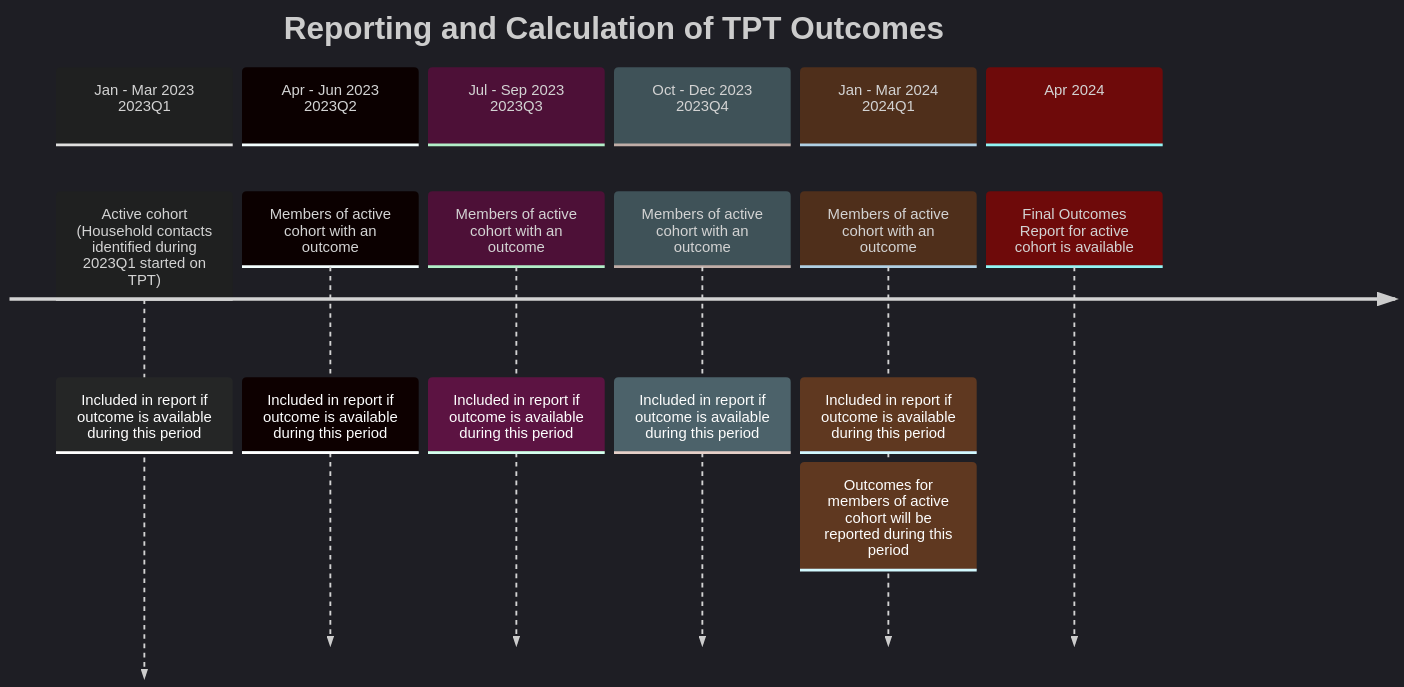
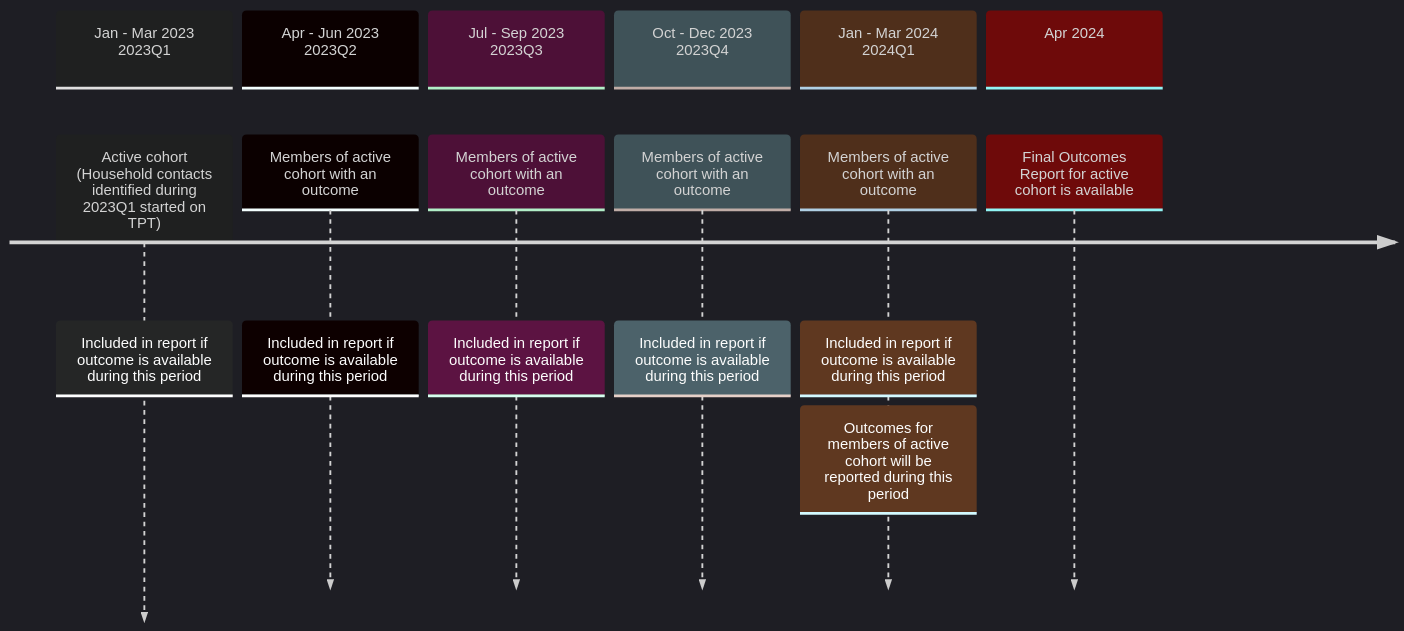
The second of 2 diagrams in docs/tb_hh-design.md (dhis2-metadata/TB_HH), drawn with Mermaid before and after one commit.

````diff
--- a/docs/tb_hh-design.md
+++ b/docs/tb_hh-design.md
@@ -55,18 +54,18 @@
  ```mermaid
 
 %%{init: {'mirrorActors': false, 'theme': 'dark' } }%%
+
 timeline
-    title Reporting and Calculation of TPT Outcomes
     section Jan - Mar 2023 <br> 2023Q1
       Active cohort (Household contacts identified during 2023Q1 started on TPT): Included in report if outcome is available during this period
     section Apr - Jun 2023 <br> 2023Q2
       Members of active cohort with an outcome: Included in report if outcome is available during this period
     section Jul - Sep 2023 <br> 2023Q3
       Members of active cohort with an outcome: Included in report if outcome is available during this period
     section Oct - Dec 2023 <br> 2023Q4
       Members of active cohort with an outcome: Included in report if outcome is available during this period
     section Jan - Mar 2024 <br> 2024Q1
       Members of active cohort with an outcome: Included in report if outcome is available during this period: Outcomes for members of active cohort will be reported during this period
     section Apr 2024
       Final Outcomes Report for active cohort is available
 ```
````
